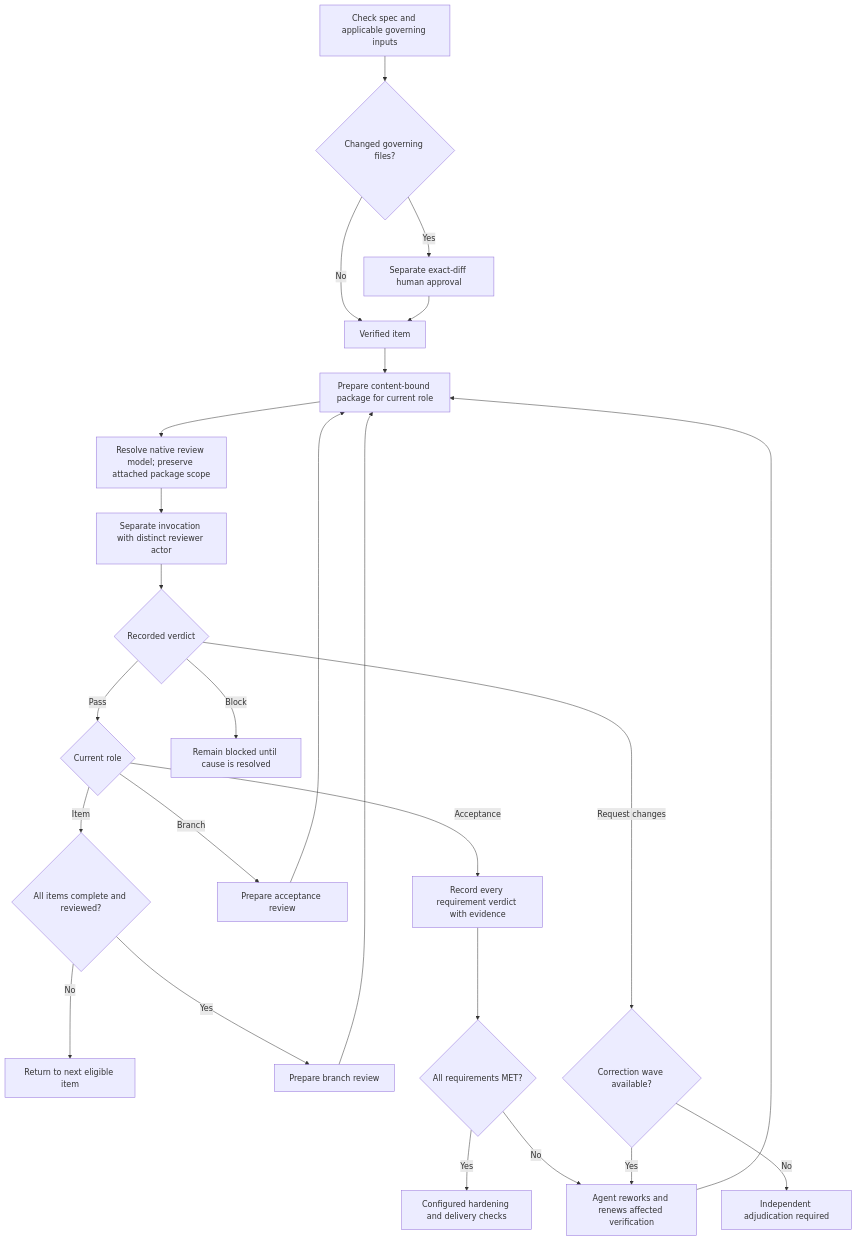
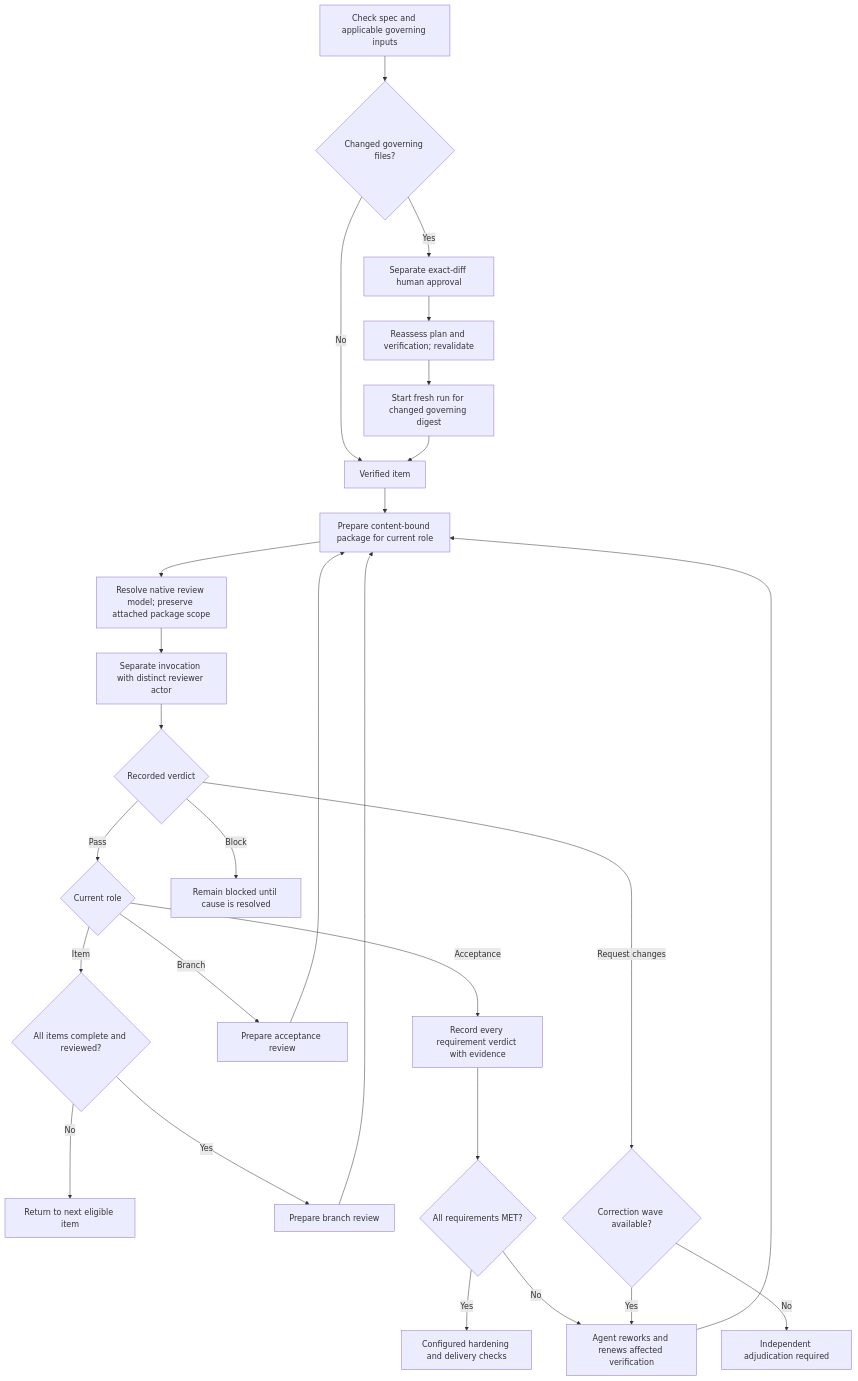
The diagram in skills/review-work/SKILL.md (wgentil/devflow), drawn with Mermaid before and after one commit. The commit also changed other lines of this file and 34 other files, not shown here.

````diff
--- a/skills/review-work/SKILL.md
+++ b/skills/review-work/SKILL.md
@@ -10,27 +10,29 @@
 ```mermaid
 flowchart TD
     Inputs["Check spec and applicable governing inputs"] --> Policy{"Changed governing files?"}
     Policy -->|Yes| Approve["Separate exact-diff human approval"]
     Policy -->|No| Item
-    Approve --> Item
+    Approve --> Reassess["Reassess plan and verification; revalidate"]
+    Reassess --> Fresh["Start fresh run for changed governing digest"]
+    Fresh --> Item
     Item["Verified item"] --> Package["Prepare content-bound package for current role"]
     Package --> Native["Resolve native review model; preserve attached package scope"]
     Native --> Reviewer["Separate invocation with distinct reviewer actor"]
     Reviewer --> Verdict{"Recorded verdict"}
     Verdict -->|Pass| Stage{"Current role"}
     Stage -->|Item| More{"All items complete and reviewed?"}
     More -->|No| Next["Return to next eligible item"]
     More -->|Yes| Branch["Prepare branch review"]
     Branch --> Package
     Stage -->|Branch| Acceptance["Prepare acceptance review"]
     Acceptance --> Package
     Stage -->|Acceptance| Requirements["Record every requirement verdict with evidence"]
     Requirements --> Complete{"All requirements MET?"}
     Complete -->|Yes| Hardening["Configured hardening and delivery checks"]
     Complete -->|No| Fix["Agent reworks and renews affected verification"]
     Verdict -->|Request changes| Limit{"Correction wave available?"}
     Limit -->|Yes| Fix
     Fix --> Package
     Limit -->|No| Adjudication["Independent adjudication required"]
     Verdict -->|Block| Blocked["Remain blocked until cause is resolved"]
 ```
````
